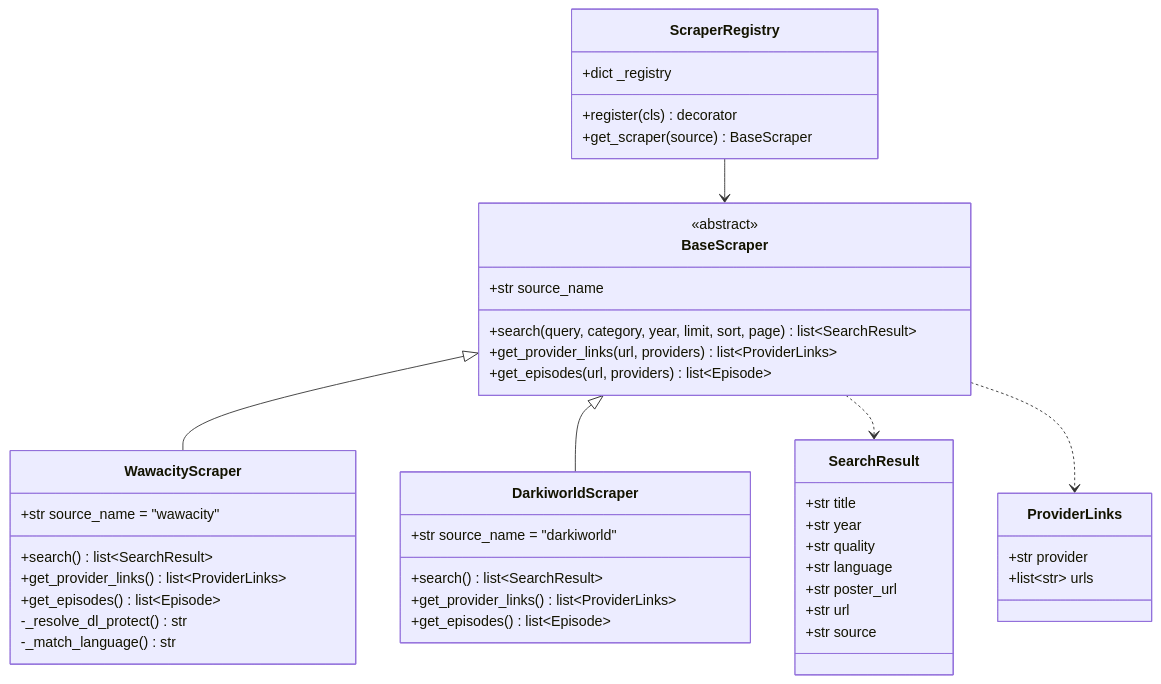
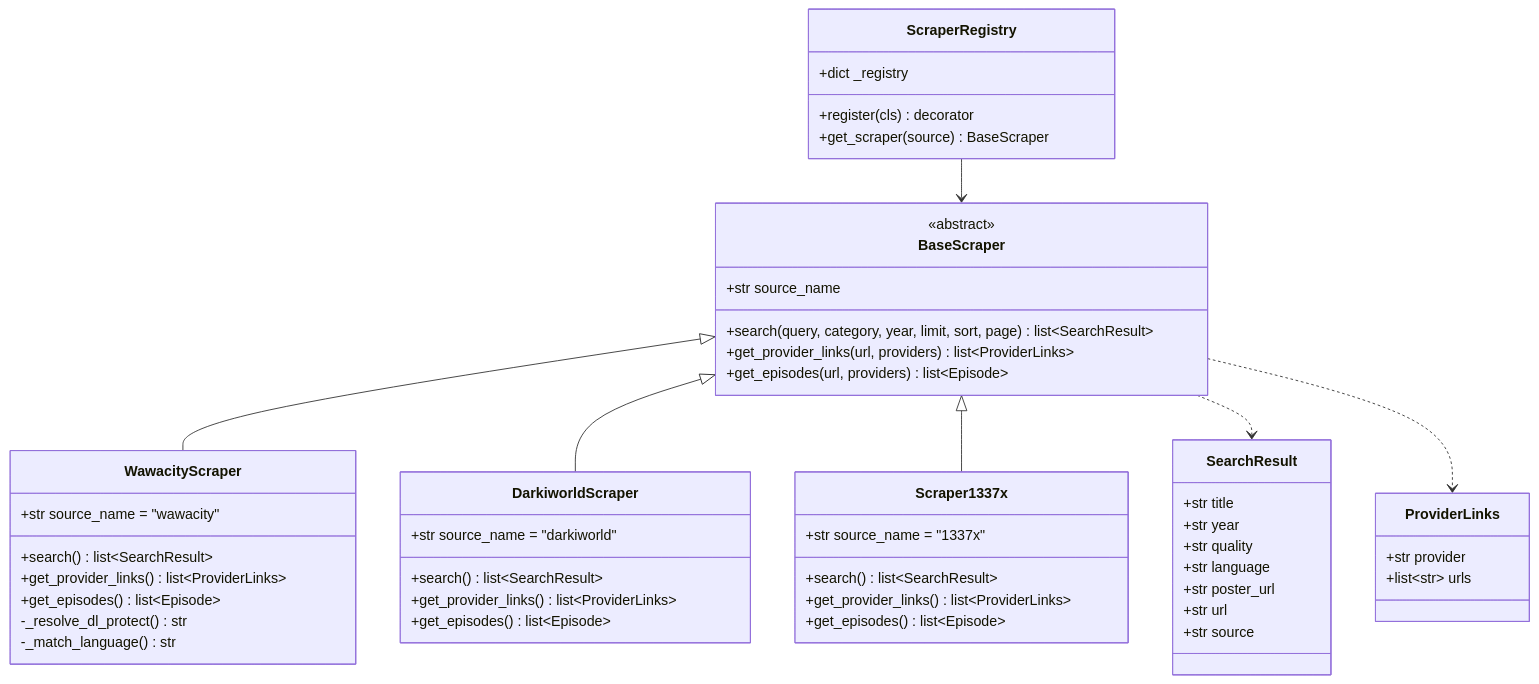
One commit to Gon3s/dl_discord_bot changed the sixth of 7 diagrams in docs/architecture-v2.md. Above: the diagram before and after it, drawn with Mermaid. The commit also changed other lines of this file and 15 other files, not shown here.

````diff
--- a/docs/architecture-v2.md
+++ b/docs/architecture-v2.md
@@ -244,53 +251,61 @@
 ```mermaid
 classDiagram
     class BaseScraper {
         <<abstract>>
         +str source_name
         +search(query, category, year, limit, sort, page) list~SearchResult~
         +get_provider_links(url, providers) list~ProviderLinks~
         +get_episodes(url, providers) list~Episode~
     }
 
     class SearchResult {
         +str title
         +str year
         +str quality
         +str language
         +str poster_url
         +str url
         +str source
     }
 
     class ProviderLinks {
         +str provider
         +list~str~ urls
     }
 
     class WawacityScraper {
         +str source_name = "wawacity"
         +search() list~SearchResult~
         +get_provider_links() list~ProviderLinks~
         +get_episodes() list~Episode~
         -_resolve_dl_protect() str
         -_match_language() str
     }
 
     class DarkiworldScraper {
         +str source_name = "darkiworld"
         +search() list~SearchResult~
         +get_provider_links() list~ProviderLinks~
         +get_episodes() list~Episode~
     }
 
+    class Scraper1337x {
+        +str source_name = "1337x"
+        +search() list~SearchResult~
+        +get_provider_links() list~ProviderLinks~
+        +get_episodes() list~Episode~
+    }
+
     class ScraperRegistry {
         +dict _registry
         +register(cls) decorator
         +get_scraper(source) BaseScraper
     }
 
     BaseScraper <|-- WawacityScraper
     BaseScraper <|-- DarkiworldScraper
+    BaseScraper <|-- Scraper1337x
     BaseScraper ..> SearchResult
     BaseScraper ..> ProviderLinks
     ScraperRegistry --> BaseScraper
 ```
````
